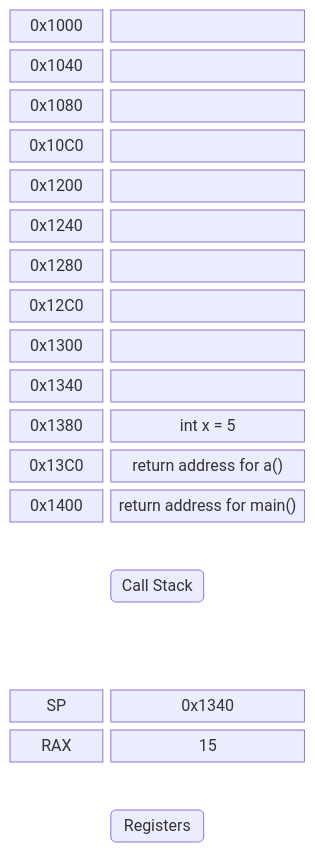
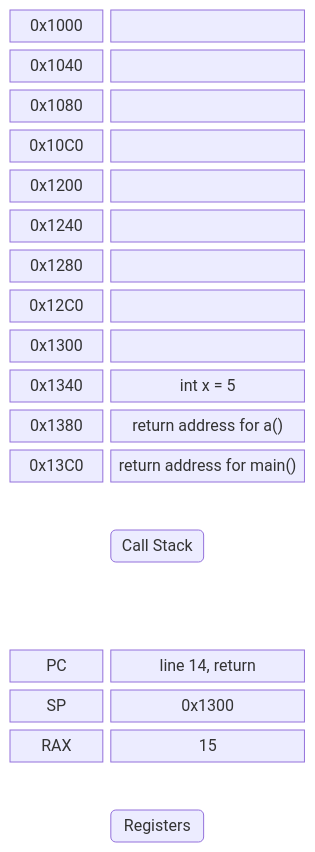
Before and after one commit to GlennVL-AP/cpp-programming-slides: diagram 15 of 19 in slides/session_6/index.md, drawn with Mermaid. The commit also changed other lines of this file, not shown here.

````diff
--- a/slides/session_6/index.md
+++ b/slides/session_6/index.md
@@ -1400,40 +1684,40 @@
 ```mermaid
 block-beta
   columns 3
   addr1["0x1000"]:1
   frame1[" "]:2
   addr2["0x1040"]:1
   frame2[" "]:2
   addr3["0x1080"]:1
   frame3[" "]:2
   addr4["0x10C0"]:1
   frame4[" "]:2
   addr5["0x1200"]:1
   frame5[" "]:2
   addr6["0x1240"]:1
   frame6[" "]:2
   addr7["0x1280"]:1
   frame7[" "]:2
   addr8["0x12C0"]:1
   frame8[" "]:2
   addr9["0x1300"]:1
   frame9[" "]:2
   addr10["0x1340"]:1
-  frame10[" "]:2
+  frame10["int x = 5"]:2
   addr11["0x1380"]:1
-  frame11["int x = 5"]:2
+  frame11["return address for a()"]:2
   addr12["0x13C0"]:1
-  frame12["return address for a()"]:2
-  addr13["0x1400"]:1
-  frame13["return address for main()"]:2
+  frame12["return address for main()"]:2
   space:3
   space callstack("Call Stack") space
   space:3
   space:3
-  reg1["SP"]:1
-  regval1["0x1340"]:2
-  reg2["RAX"]:1
-  regval2["15"]:2
+  reg1["PC"]:1
+  regval1["line 14, return"]:2
+  reg2["SP"]:1
+  regval2["0x1300"]:2
+  reg3["RAX"]:1
+  regval3["15"]:2
   space:3
   space registers("Registers") space
 ```
````
